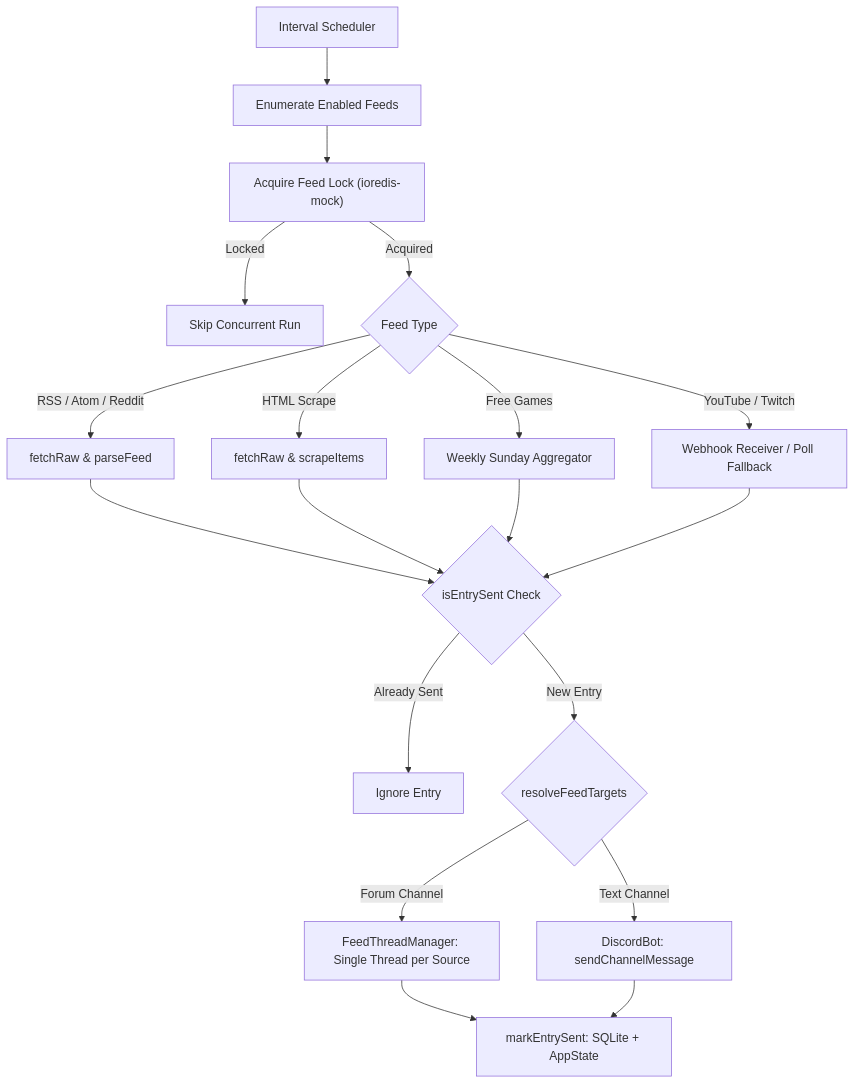
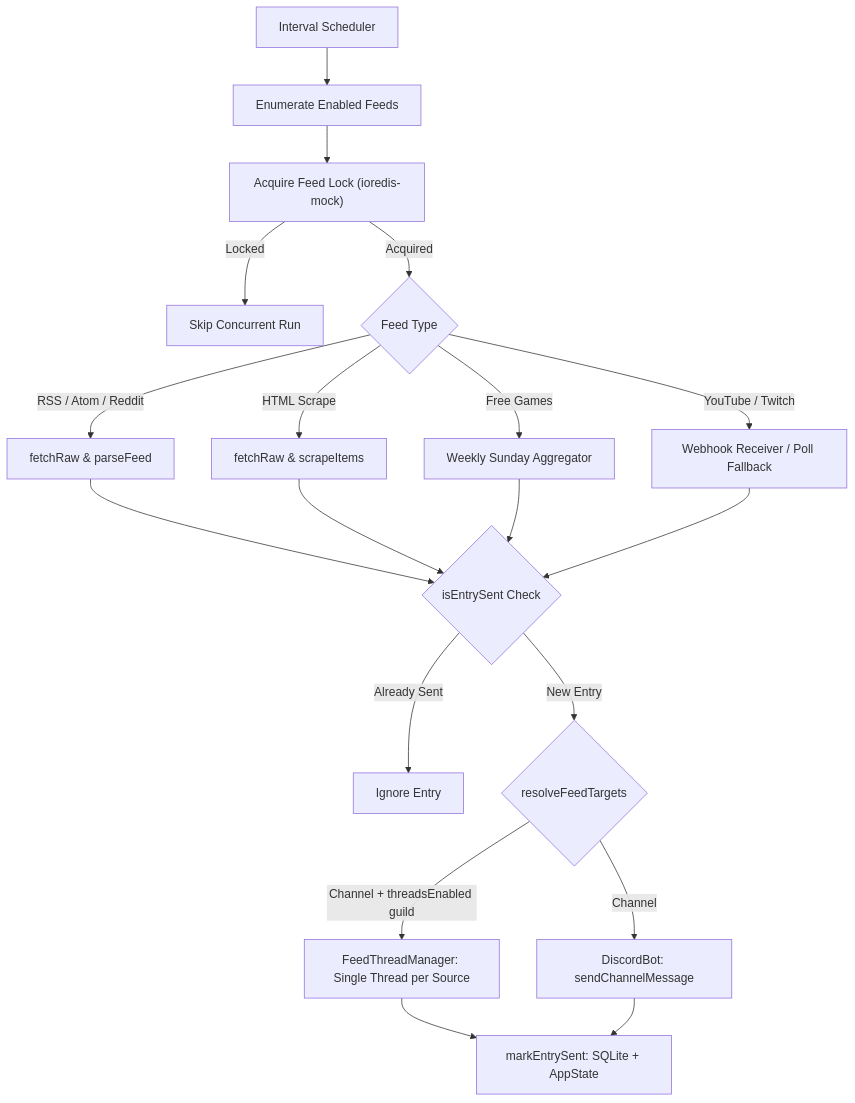
The diagram in .agents/agents/engineering/sub-agents/feed-watcher.md (HELIX-Origin/HELIX-Discord-Bot), drawn with Mermaid before and after one commit. The commit also changed other lines of this file and 27 other files, not shown here.

Commit message:
✨ feat(feeds): honor THREADS_ENABLED global gate and sync forum-to-thread docs

````diff
--- a/.agents/agents/engineering/sub-agents/feed-watcher.md
+++ b/.agents/agents/engineering/sub-agents/feed-watcher.md
@@ -12,26 +12,26 @@
 ```mermaid
 flowchart TD
     Scheduler["Interval Scheduler"] --> Enumerate["Enumerate Enabled Feeds"]
     Enumerate --> Lock["Acquire Feed Lock (ioredis-mock)"]
     Lock -->|"Locked"| Skip["Skip Concurrent Run"]
     Lock -->|"Acquired"| RouteType{"Feed Type"}
     
     RouteType -->|"RSS / Atom / Reddit"| FetchXML["fetchRaw & parseFeed"]
     RouteType -->|"HTML Scrape"| FetchHTML["fetchRaw & scrapeItems"]
     RouteType -->|"Free Games"| FreeGamesEngine["Weekly Sunday Aggregator"]
     RouteType -->|"YouTube / Twitch"| StreamAlertEngine["Webhook Receiver / Poll Fallback"]
     
     FetchXML --> Dedupe{"isEntrySent Check"}
     FetchHTML --> Dedupe
     FreeGamesEngine --> Dedupe
     StreamAlertEngine --> Dedupe
     
     Dedupe -->|Already Sent| Drop[Ignore Entry]
     Dedupe -->|New Entry| TargetRes{resolveFeedTargets}
     
-    TargetRes -->|Forum Channel| ThreadDelivery[FeedThreadManager: Single Thread per Source]
-    TargetRes -->|Text Channel| ChannelDelivery[DiscordBot: sendChannelMessage]
+    TargetRes -->|Channel + threadsEnabled guild| ThreadDelivery[FeedThreadManager: Single Thread per Source]
+    TargetRes -->|Channel| ChannelDelivery[DiscordBot: sendChannelMessage]
     
     ThreadDelivery --> MarkSent[markEntrySent: SQLite + AppState]
     ChannelDelivery --> MarkSent
 ```
````
